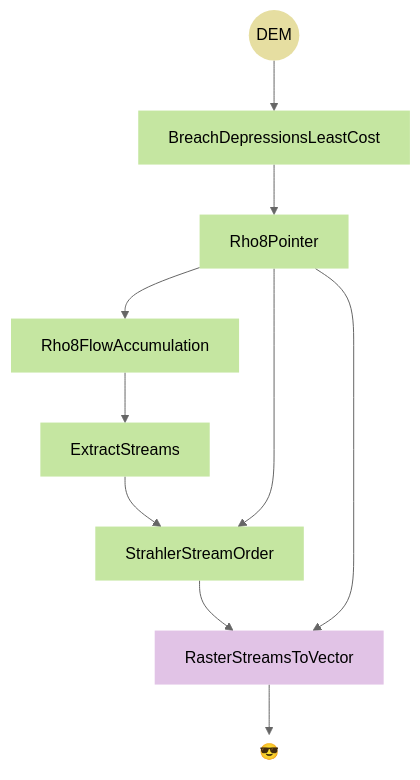
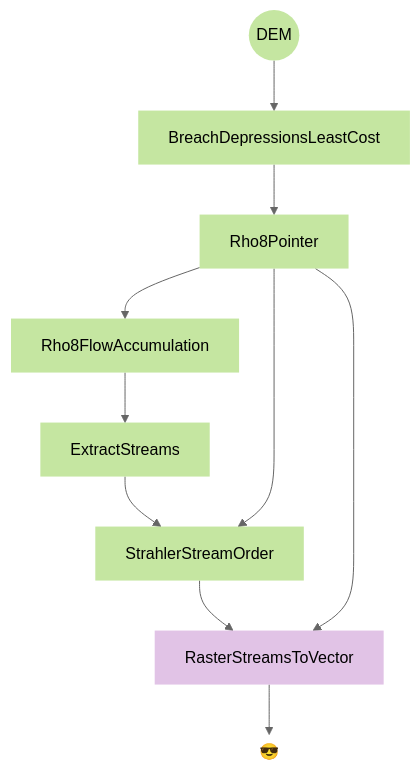
Before and after one commit to jeffhowarth/cartographic-modeling: the diagram in src/challenges-wb/extract-streams.md, drawn with Mermaid (neutral theme). The commit also changed 50 other files, not shown here.

````diff
--- a/src/challenges-wb/extract-streams.md
+++ b/src/challenges-wb/extract-streams.md
@@ -11,34 +11,34 @@
 ``` mermaid
 graph TD
 
   00((DEM)) ;
   01[BreachDepressionsLeastCost] ;
   02[Rho8Pointer] ;
   03[Rho8FlowAccumulation] ;
   04[ExtractStreams] ;
   05[StrahlerStreamOrder] ;
   06[RasterStreamsToVector] ;
   07((&#128526)) ;
 
   00 --> 01
   01 --> 02 
   02 --> 03  
   03 --> 04
   04 --> 05
   02 --> 05
   05 --> 06
   02 --> 06
   06 --> 07 
 
 
-  style 00 fill:#E6DEA1,stroke-width:0px
+  style 00 fill:#C5E6A1,stroke-width:0px
   style 01 fill:#C5E6A1,stroke-width:0px
   style 02 fill:#C5E6A1,stroke-width:0px
   style 03 fill:#C5E6A1,stroke-width:0px
   style 04 fill:#C5E6A1,stroke-width:0px
   style 05 fill:#C5E6A1,stroke-width:0px
   style 06 fill:#E1C3E6,stroke-width:0px
   style 07 fill:#E6DEA100,stroke-width:0px
 
 
 ```
````
